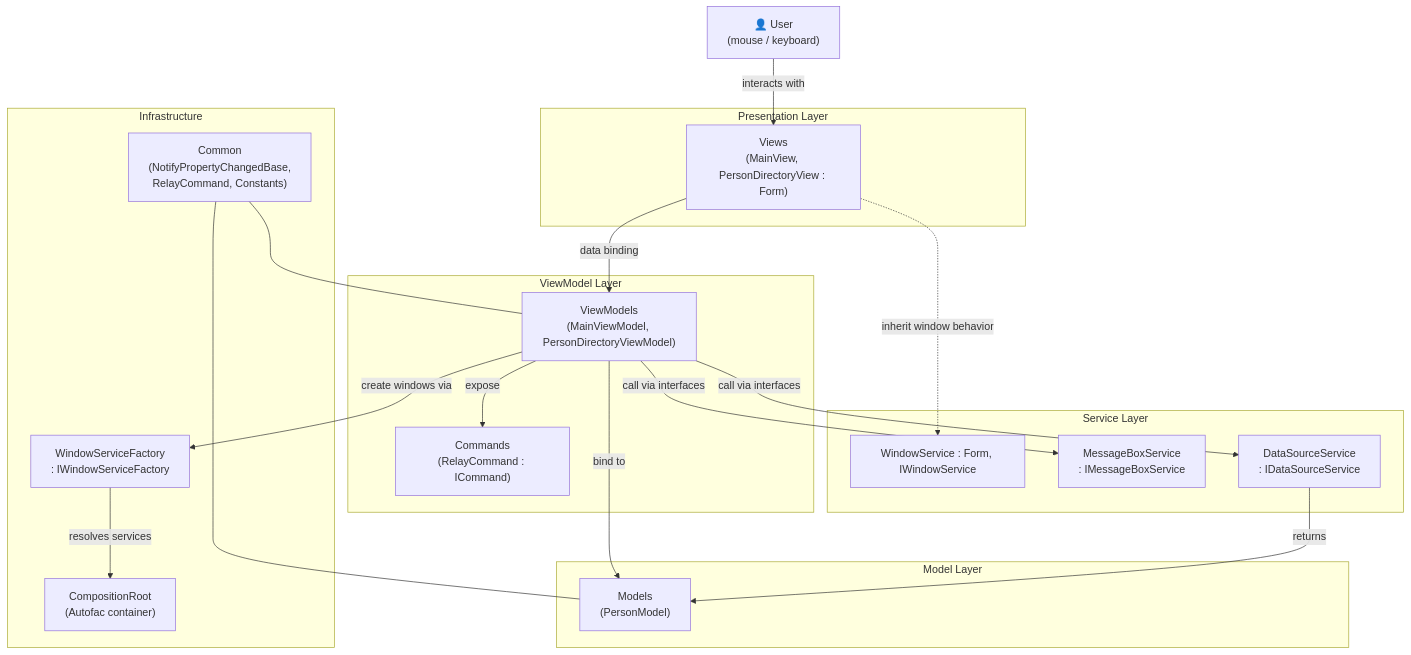
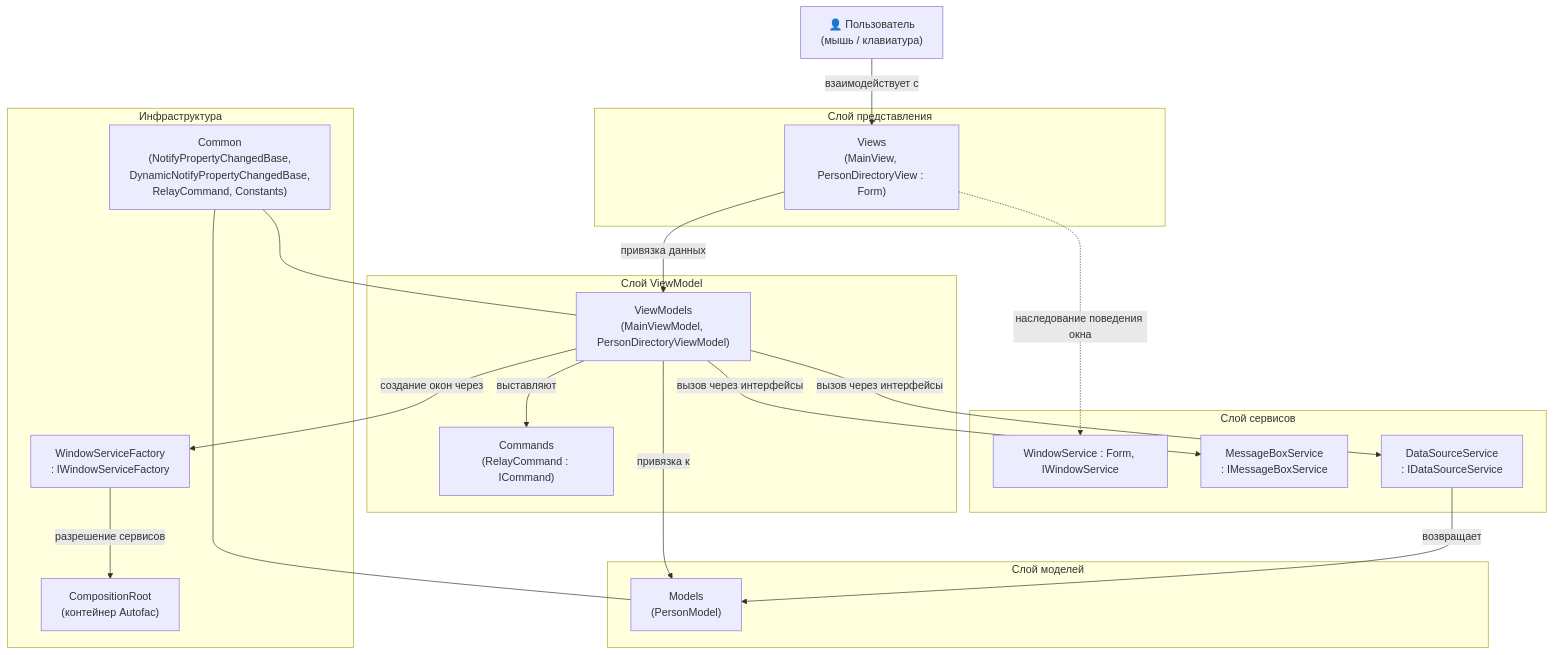
One commit to AntonSukhov/MvvmWinFormsApp changed the first of 4 diagrams in README.md. Above: the diagram before and after it, drawn with Mermaid. The commit also changed other lines of this file, not shown here.

````diff
--- a/README.md
+++ b/README.md
@@ -22,42 +22,42 @@
 ```mermaid
 flowchart TB
-    User["👤 User<br/>(mouse / keyboard)"]
+    User["👤 Пользователь<br/>(мышь / клавиатура)"]
 
-    subgraph Presentation ["Presentation Layer"]
+    subgraph Presentation ["Слой представления"]
         Views["Views<br/>(MainView, PersonDirectoryView : Form)"]
     end
 
-    subgraph ViewModelLayer ["ViewModel Layer"]
+    subgraph ViewModelLayer ["Слой ViewModel"]
         ViewModels["ViewModels<br/>(MainViewModel, PersonDirectoryViewModel)"]
         Commands["Commands<br/>(RelayCommand : ICommand)"]
     end
 
-    subgraph Services ["Service Layer"]
+    subgraph Services ["Слой сервисов"]
         WindowService["WindowService : Form, IWindowService"]
         MessageBoxService["MessageBoxService<br/>: IMessageBoxService"]
         DataSourceService["DataSourceService<br/>: IDataSourceService"]
     end
 
-    subgraph Models ["Model Layer"]
+    subgraph Models ["Слой моделей"]
         ModelsLayer["Models<br/>(PersonModel)"]
     end
 
-    subgraph Infrastructure ["Infrastructure"]
-        CompositionRoot["CompositionRoot<br/>(Autofac container)"]
+    subgraph Infrastructure ["Инфраструктура"]
+        CompositionRoot["CompositionRoot<br/>(контейнер Autofac)"]
         Factory["WindowServiceFactory<br/>: IWindowServiceFactory"]
-        Common["Common<br/>(NotifyPropertyChangedBase,<br/>RelayCommand, Constants)"]
+        Common["Common<br/>(NotifyPropertyChangedBase,<br/>DynamicNotifyPropertyChangedBase,<br/>RelayCommand, Constants)"]
     end
 
-    User -->|interacts with| Views
-    Views -->|data binding| ViewModels
-    ViewModels -->|expose| Commands
-    ViewModels -->|call via interfaces| MessageBoxService
-    ViewModels -->|call via interfaces| DataSourceService
-    ViewModels -->|create windows via| Factory
-    Factory -->|resolves services| CompositionRoot
-    DataSourceService -->|returns| ModelsLayer
-    ViewModels -->|bind to| ModelsLayer
-    Views -.->|inherit window behavior| WindowService
+    User -->|взаимодействует с| Views
+    Views -->|привязка данных| ViewModels
+    ViewModels -->|выставляют| Commands
+    ViewModels -->|вызов через интерфейсы| MessageBoxService
+    ViewModels -->|вызов через интерфейсы| DataSourceService
+    ViewModels -->|создание окон через| Factory
+    Factory -->|разрешение сервисов| CompositionRoot
+    DataSourceService -->|возвращает| ModelsLayer
+    ViewModels -->|привязка к| ModelsLayer
+    Views -.->|наследование поведения окна| WindowService
     Common --- ViewModels
     Common --- ModelsLayer
 ```
````
